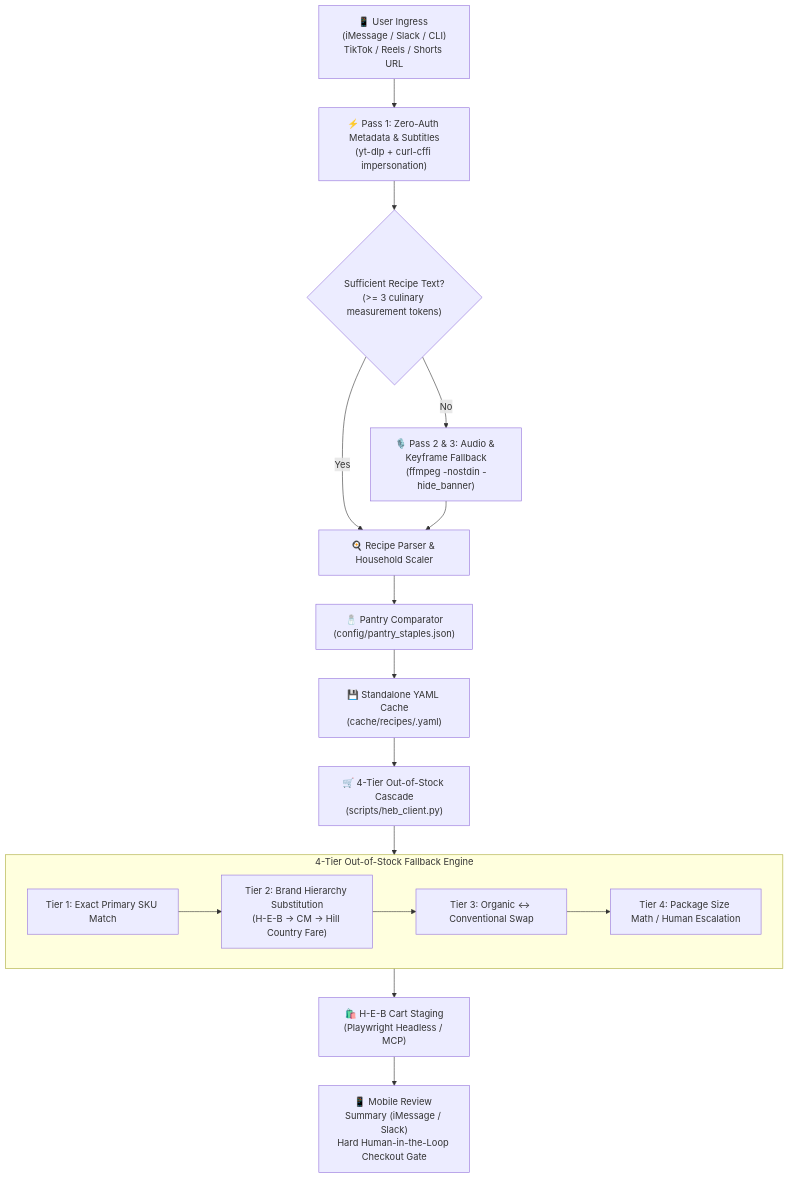
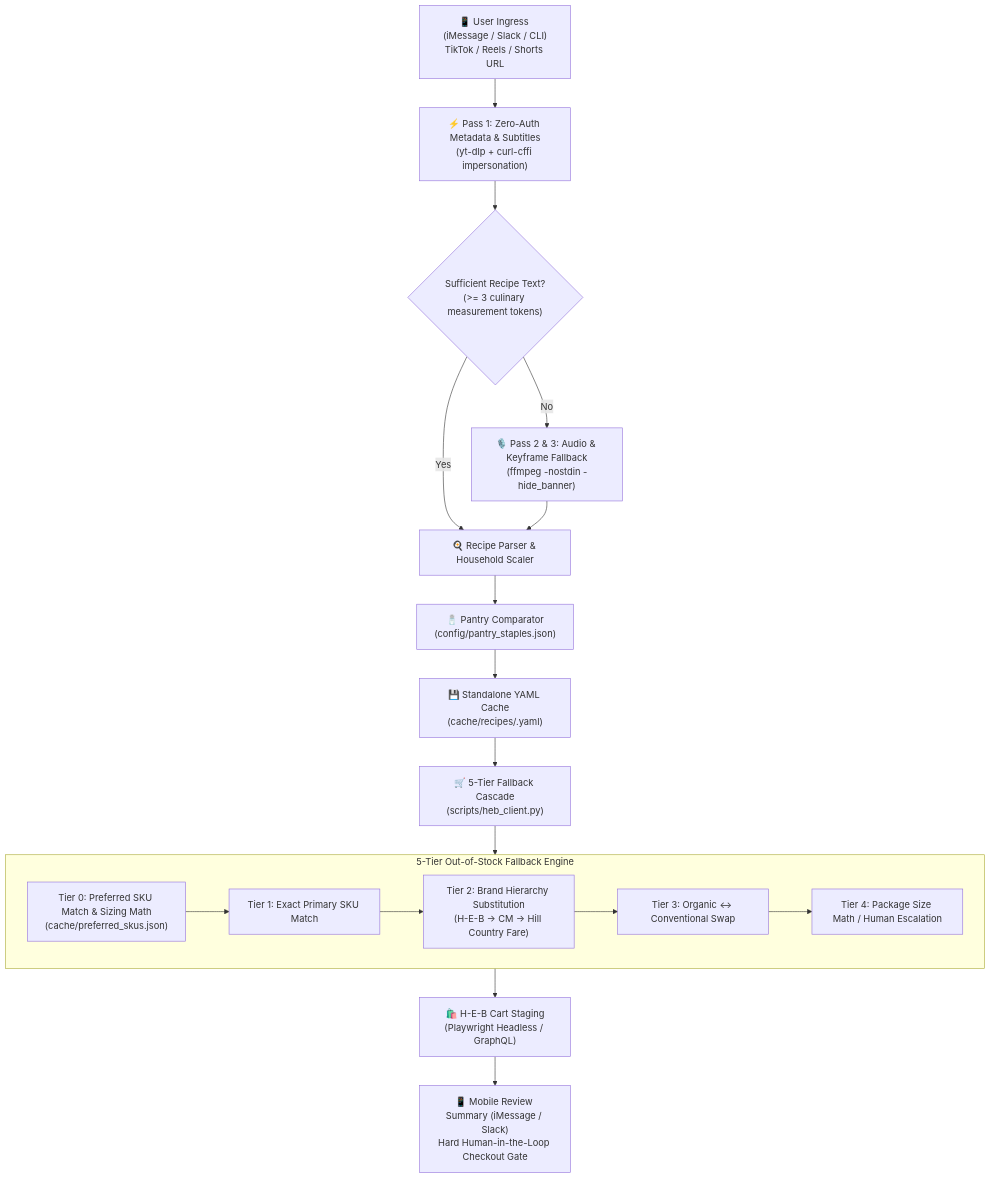
Before and after one commit to chorned/TikTok-2-HEB: the diagram in README.md, drawn with Mermaid. The commit also changed other lines of this file and 6 other files, not shown here.

Commit message:
feat(heb-client): wire tier-0 preferred sku resolution, package sizing math, and unify cache portability (CHO-244)

````diff
--- a/README.md
+++ b/README.md
@@ -16,26 +16,27 @@
 ```mermaid
 flowchart TD
     A["📱 User Ingress (iMessage / Slack / CLI)<br>TikTok / Reels / Shorts URL"] --> B["⚡ Pass 1: Zero-Auth Metadata & Subtitles<br>(yt-dlp + curl-cffi impersonation)"]
     B --> C{"Sufficient Recipe Text?<br>(>= 3 culinary measurement tokens)"}
     
     C -- Yes --> E["🍳 Recipe Parser & Household Scaler"]
     C -- No --> D["🎙️ Pass 2 & 3: Audio & Keyframe Fallback<br>(ffmpeg -nostdin -hide_banner)"]
     D --> E
     
     E --> F["🧂 Pantry Comparator<br>(config/pantry_staples.json)"]
     F --> G["💾 Standalone YAML Cache<br>(cache/recipes/<slug>.yaml)"]
     
-    G --> H["🛒 4-Tier Out-of-Stock Cascade<br>(scripts/heb_client.py)"]
+    G --> H["🛒 5-Tier Fallback Cascade<br>(scripts/heb_client.py)"]
     
-    subgraph OOS_Cascade ["4-Tier Out-of-Stock Fallback Engine"]
+    subgraph OOS_Cascade ["5-Tier Out-of-Stock Fallback Engine"]
+        T0["Tier 0: Preferred SKU Match & Sizing Math<br>(cache/preferred_skus.json)"]
         T1["Tier 1: Exact Primary SKU Match"]
         T2["Tier 2: Brand Hierarchy Substitution<br>(H-E-B → CM → Hill Country Fare)"]
         T3["Tier 3: Organic ↔ Conventional Swap"]
         T4["Tier 4: Package Size Math / Human Escalation"]
-        T1 --> T2 --> T3 --> T4
+        T0 --> T1 --> T2 --> T3 --> T4
     end
     
     H --> OOS_Cascade
-    OOS_Cascade --> I["🛍️ H-E-B Cart Staging<br>(Playwright Headless / MCP)"]
+    OOS_Cascade --> I["🛍️ H-E-B Cart Staging<br>(Playwright Headless / GraphQL)"]
     I --> J["📱 Mobile Review Summary (iMessage / Slack)<br>Hard Human-in-the-Loop Checkout Gate"]
 ```
````
